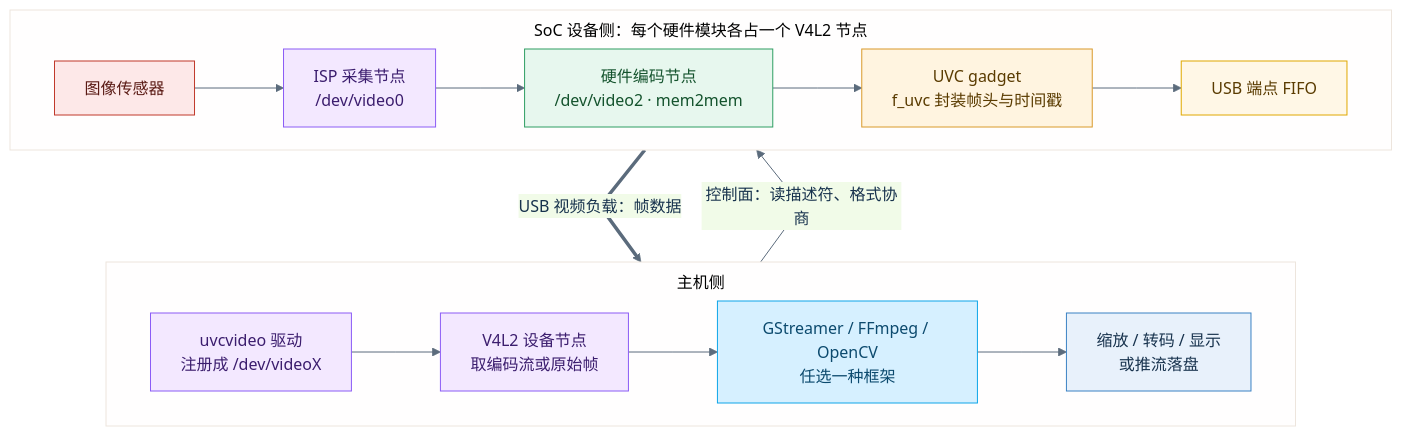
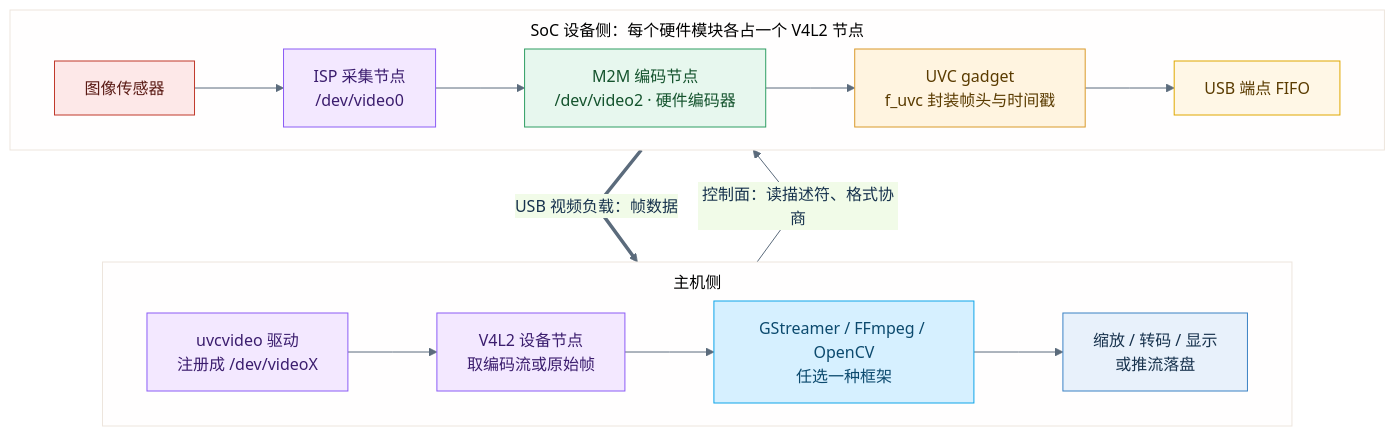
The first of 9 diagrams in content/posts/architecture/soc_video_pipeline_v4l2_dma_buf.md (DeguiLiu/tech-notes), drawn with Mermaid before and after one commit. The commit also changed other lines of this file, not shown here.

````diff
--- a/content/posts/architecture/soc_video_pipeline_v4l2_dma_buf.md
+++ b/content/posts/architecture/soc_video_pipeline_v4l2_dma_buf.md
@@ -41,21 +41,21 @@
 ```mermaid
 %%{init: {'theme':'base','flowchart':{'nodeSpacing':26,'rankSpacing':64,'curve':'linear','subGraphTitleMargin':{'top':8,'bottom':8}},'themeVariables':{'primaryColor':'#E8F1FB','primaryTextColor':'#17324D','primaryBorderColor':'#3B82C4','lineColor':'#5B6B7C'}}}%%
 flowchart TB
   subgraph HOST["主机侧"]
     direction LR
     H1["uvcvideo 驱动<br/>注册成 /dev/videoX"]:::drv --> H2["V4L2 设备节点<br/>取编码流或原始帧"]:::drv --> H3["GStreamer / FFmpeg / OpenCV<br/>任选一种框架"]:::gst --> H4["缩放 / 转码 / 显示<br/>或推流落盘"]:::app
   end
   subgraph DEV["SoC 设备侧：每个硬件模块各占一个 V4L2 节点"]
     direction LR
-    S1["图像传感器"]:::hw --> S2["ISP 采集节点<br/>/dev/video0"]:::drv --> S3["硬件编码节点<br/>/dev/video2 · mem2mem"]:::core --> S4["UVC gadget<br/>f_uvc 封装帧头与时间戳"]:::dev --> S5["USB 端点 FIFO"]:::buf
+    S1["图像传感器"]:::hw --> S2["ISP 采集节点<br/>/dev/video0"]:::drv --> S3["M2M 编码节点<br/>/dev/video2 · 硬件编码器"]:::core --> S4["UVC gadget<br/>f_uvc 封装帧头与时间戳"]:::dev --> S5["USB 端点 FIFO"]:::buf
   end
   DEV ==>|"USB 视频负载：帧数据"| HOST
   HOST -->|"控制面：读描述符、格式协商"| DEV
   classDef hw fill:#FDE8E8,stroke:#C0392B,color:#5A1A14
   classDef drv fill:#F3E8FF,stroke:#8B5CF6,color:#3B1D6E
   classDef core fill:#E7F7EE,stroke:#2F9E63,color:#14532D
   classDef dev fill:#FFF4E0,stroke:#D99A2B,color:#5A3B00
   classDef buf fill:#FFF7E6,stroke:#E0A800,color:#5A3B00
   classDef gst fill:#D6F0FF,stroke:#0EA5E9,color:#0C4A6E
   classDef app fill:#E8F1FB,stroke:#3B82C4,color:#17324D
 ```
````
